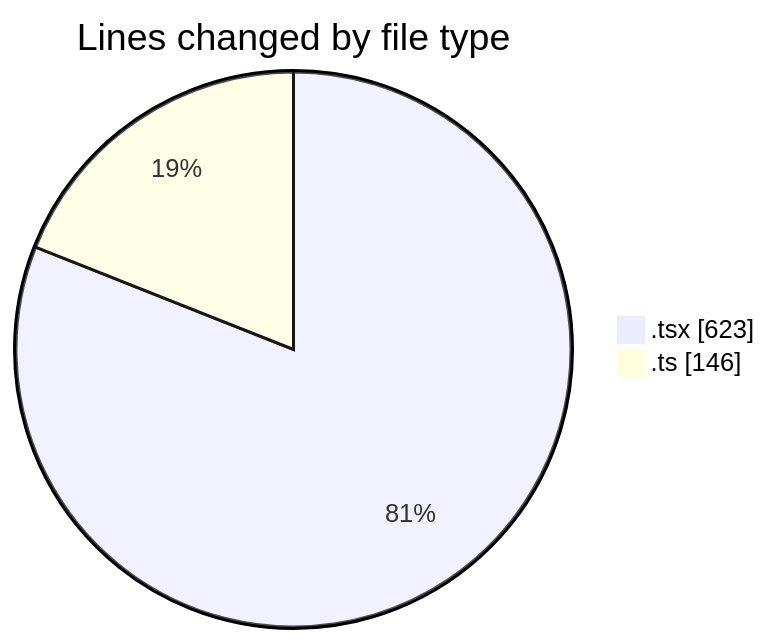
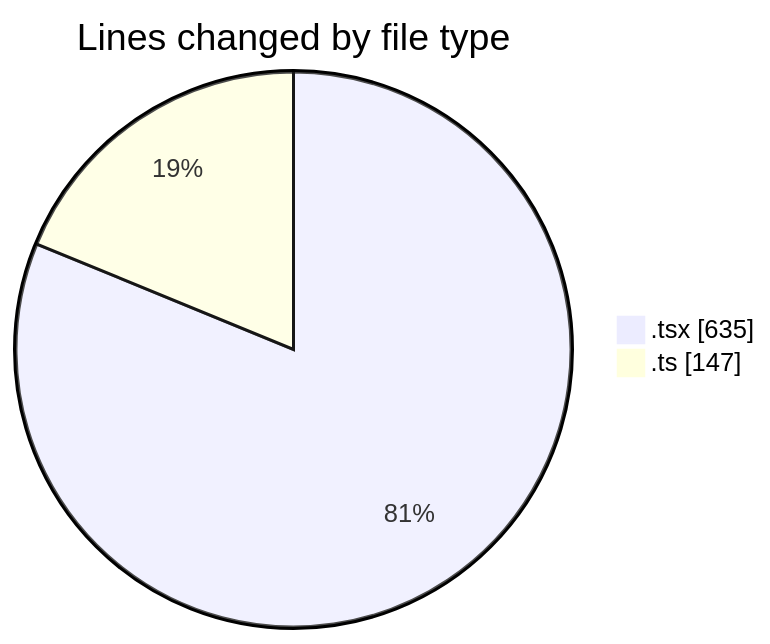
Before and after one commit to nxtqubesakshisongat/code-tracking: the first of 2 diagrams in 2026-04-13/airfeed-analytics-dashboard/README.md, drawn with Mermaid. The commit also changed other lines of this file and 1 other file, not shown here.

````diff
--- a/2026-04-13/airfeed-analytics-dashboard/README.md
+++ b/2026-04-13/airfeed-analytics-dashboard/README.md
@@ -24,6 +24,6 @@
 ```mermaid
 pie showData
 title Lines changed by file type
-".tsx" : 623
-".ts" : 146
+".tsx" : 635
+".ts" : 147
 ```
````
